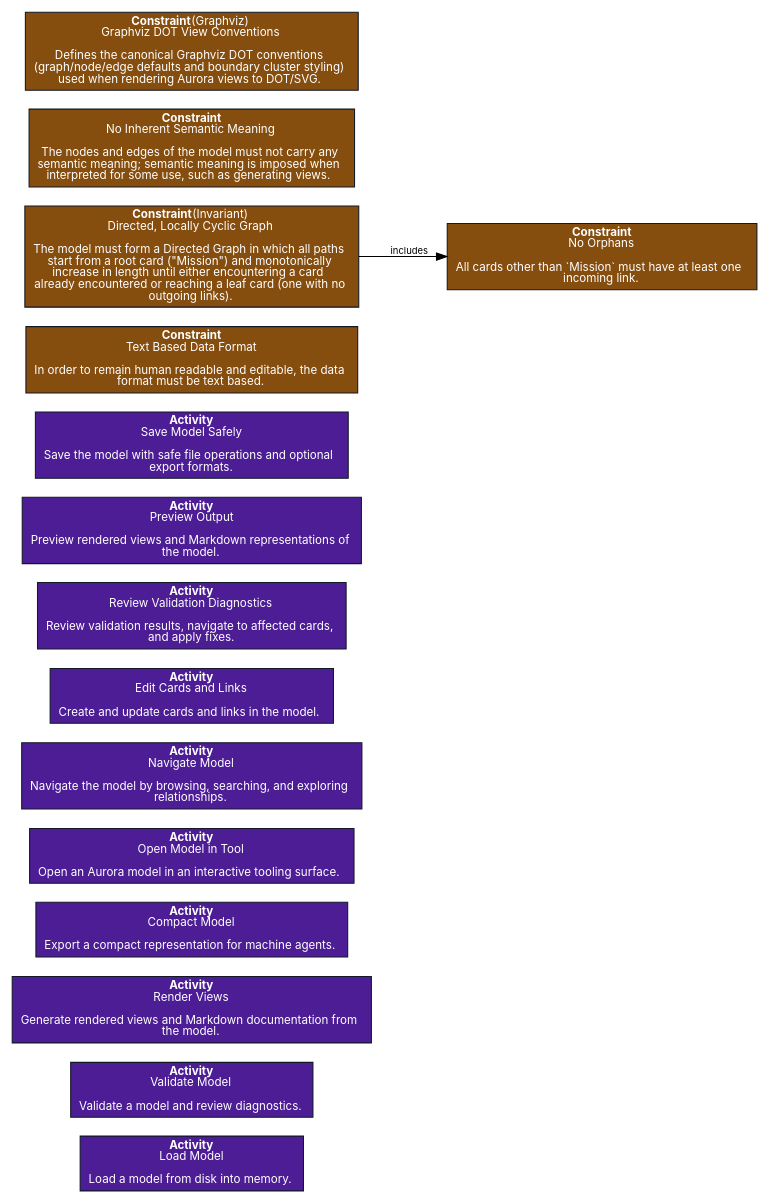
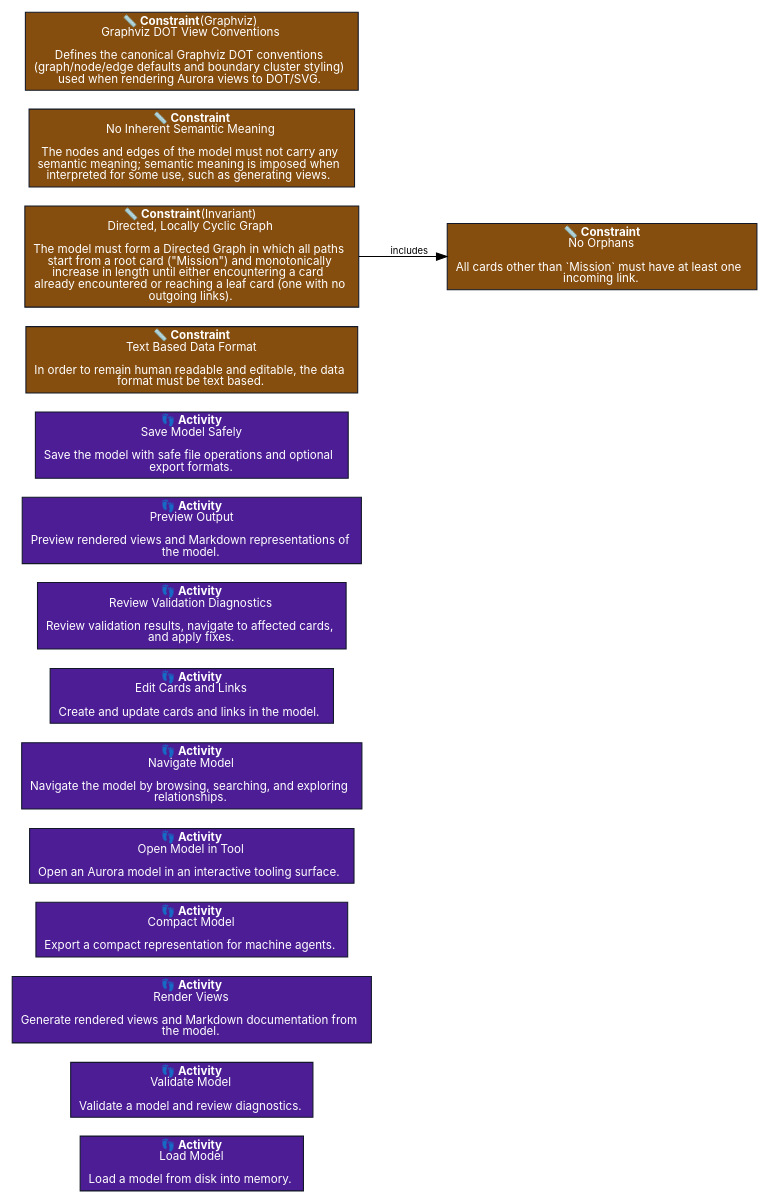
One commit to JEleniel/aurora changed the diagram in docs/design/MIS-001-Provide_Default_Tooling_for_AURORA/Views/source/Timing.view.dot. Above: the diagram before and after it, drawn with Graphviz. The commit also changed 113 other files, not shown here.

```diff
--- a/docs/design/MIS-001-Provide_Default_Tooling_for_AURORA/Views/source/Timing.view.dot
+++ b/docs/design/MIS-001-Provide_Default_Tooling_for_AURORA/Views/source/Timing.view.dot
@@ -1,21 +1,21 @@
 digraph "Timing View" {
 	graph [bgcolor="#FFFFFF", fontname="Inter", rankdir="LR", splines="spline"];
 	node [color="#111827", fillcolor="#E5E7EB", fontcolor="#111827", fontname="Inter", fontsize="11", shape="box", style="filled"];
 	edge [color="#000000", fontcolor="#000000", fontname="Inter", fontsize="9"];
-	"ATV-001" [fillcolor="#4c1d95", fontcolor="#FFFFFF", label=<<FONT><B>Activity</B><br />Load Model<br /><br />Load a model from disk into memory.</FONT>>, shape="box"];
-	"ATV-002" [fillcolor="#4c1d95", fontcolor="#FFFFFF", label=<<FONT><B>Activity</B><br />Validate Model<br /><br />Validate a model and review diagnostics.</FONT>>, shape="box"];
-	"ATV-003" [fillcolor="#4c1d95", fontcolor="#FFFFFF", label=<<FONT><B>Activity</B><br />Render Views<br /><br />Generate rendered views and Markdown documentation from<br />the model.</FONT>>, shape="box"];
-	"ATV-004" [fillcolor="#4c1d95", fontcolor="#FFFFFF", label=<<FONT><B>Activity</B><br />Compact Model<br /><br />Export a compact representation for machine agents.</FONT>>, shape="box"];
-	"ATV-005" [fillcolor="#4c1d95", fontcolor="#FFFFFF", label=<<FONT><B>Activity</B><br />Open Model in Tool<br /><br />Open an Aurora model in an interactive tooling surface.</FONT>>, shape="box"];
-	"ATV-006" [fillcolor="#4c1d95", fontcolor="#FFFFFF", label=<<FONT><B>Activity</B><br />Navigate Model<br /><br />Navigate the model by browsing, searching, and exploring<br />relationships.</FONT>>, shape="box"];
-	"ATV-007" [fillcolor="#4c1d95", fontcolor="#FFFFFF", label=<<FONT><B>Activity</B><br />Edit Cards and Links<br /><br />Create and update cards and links in the model.</FONT>>, shape="box"];
-	"ATV-008" [fillcolor="#4c1d95", fontcolor="#FFFFFF", label=<<FONT><B>Activity</B><br />Review Validation Diagnostics<br /><br />Review validation results, navigate to affected cards,<br />and apply fixes.</FONT>>, shape="box"];
-	"ATV-009" [fillcolor="#4c1d95", fontcolor="#FFFFFF", label=<<FONT><B>Activity</B><br />Preview Output<br /><br />Preview rendered views and Markdown representations of<br />the model.</FONT>>, shape="box"];
-	"ATV-010" [fillcolor="#4c1d95", fontcolor="#FFFFFF", label=<<FONT><B>Activity</B><br />Save Model Safely<br /><br />Save the model with safe file operations and optional<br />export formats.</FONT>>, shape="box"];
-	"CNS-001" [fillcolor="#854d0e", fontcolor="#FFFFFF", label=<<FONT><B>Constraint</B><br />Text Based Data Format<br /><br />In order to remain human readable and editable, the data<br />format must be text based.</FONT>>, shape="box"];
-	"CNS-002" [fillcolor="#854d0e", fontcolor="#FFFFFF", label=<<FONT><B>Constraint</B> (Invariant)<br />Directed, Locally Cyclic Graph<br /><br />The model must form a Directed Graph in which all paths<br />start from a root card (&quot;Mission&quot;) and monotonically<br />increase in length until either encountering a card<br />already encountered or reaching a leaf card (one with no<br />outgoing links).</FONT>>, shape="box"];
-	"CNS-003" [fillcolor="#854d0e", fontcolor="#FFFFFF", label=<<FONT><B>Constraint</B><br />No Inherent Semantic Meaning<br /><br />The nodes and edges of the model must not carry any<br />semantic meaning; semantic meaning is imposed when<br />interpreted for some use, such as generating views.</FONT>>, shape="box"];
-	"CNS-004" [fillcolor="#854d0e", fontcolor="#FFFFFF", label=<<FONT><B>Constraint</B><br />No Orphans<br /><br />All cards other than `Mission` must have at least one<br />incoming link.</FONT>>, shape="box"];
-	"CNS-005" [fillcolor="#854d0e", fontcolor="#FFFFFF", label=<<FONT><B>Constraint</B> (Graphviz)<br />Graphviz DOT View Conventions<br /><br />Defines the canonical Graphviz DOT conventions<br />(graph/node/edge defaults and boundary cluster styling)<br />used when rendering Aurora views to DOT/SVG.</FONT>>, shape="box"];
+	"ATV-001" [fillcolor="#4c1d95", fontcolor="#FFFFFF", label=<<FONT><B>👣 Activity</B><br />Load Model<br /><br />Load a model from disk into memory.</FONT>>, shape="box"];
+	"ATV-002" [fillcolor="#4c1d95", fontcolor="#FFFFFF", label=<<FONT><B>👣 Activity</B><br />Validate Model<br /><br />Validate a model and review diagnostics.</FONT>>, shape="box"];
+	"ATV-003" [fillcolor="#4c1d95", fontcolor="#FFFFFF", label=<<FONT><B>👣 Activity</B><br />Render Views<br /><br />Generate rendered views and Markdown documentation from<br />the model.</FONT>>, shape="box"];
+	"ATV-004" [fillcolor="#4c1d95", fontcolor="#FFFFFF", label=<<FONT><B>👣 Activity</B><br />Compact Model<br /><br />Export a compact representation for machine agents.</FONT>>, shape="box"];
+	"ATV-005" [fillcolor="#4c1d95", fontcolor="#FFFFFF", label=<<FONT><B>👣 Activity</B><br />Open Model in Tool<br /><br />Open an Aurora model in an interactive tooling surface.</FONT>>, shape="box"];
+	"ATV-006" [fillcolor="#4c1d95", fontcolor="#FFFFFF", label=<<FONT><B>👣 Activity</B><br />Navigate Model<br /><br />Navigate the model by browsing, searching, and exploring<br />relationships.</FONT>>, shape="box"];
+	"ATV-007" [fillcolor="#4c1d95", fontcolor="#FFFFFF", label=<<FONT><B>👣 Activity</B><br />Edit Cards and Links<br /><br />Create and update cards and links in the model.</FONT>>, shape="box"];
+	"ATV-008" [fillcolor="#4c1d95", fontcolor="#FFFFFF", label=<<FONT><B>👣 Activity</B><br />Review Validation Diagnostics<br /><br />Review validation results, navigate to affected cards,<br />and apply fixes.</FONT>>, shape="box"];
+	"ATV-009" [fillcolor="#4c1d95", fontcolor="#FFFFFF", label=<<FONT><B>👣 Activity</B><br />Preview Output<br /><br />Preview rendered views and Markdown representations of<br />the model.</FONT>>, shape="box"];
+	"ATV-010" [fillcolor="#4c1d95", fontcolor="#FFFFFF", label=<<FONT><B>👣 Activity</B><br />Save Model Safely<br /><br />Save the model with safe file operations and optional<br />export formats.</FONT>>, shape="box"];
+	"CNS-001" [fillcolor="#854d0e", fontcolor="#FFFFFF", label=<<FONT><B>📏 Constraint</B><br />Text Based Data Format<br /><br />In order to remain human readable and editable, the data<br />format must be text based.</FONT>>, shape="box"];
+	"CNS-002" [fillcolor="#854d0e", fontcolor="#FFFFFF", label=<<FONT><B>📏 Constraint</B> (Invariant)<br />Directed, Locally Cyclic Graph<br /><br />The model must form a Directed Graph in which all paths<br />start from a root card (&quot;Mission&quot;) and monotonically<br />increase in length until either encountering a card<br />already encountered or reaching a leaf card (one with no<br />outgoing links).</FONT>>, shape="box"];
+	"CNS-003" [fillcolor="#854d0e", fontcolor="#FFFFFF", label=<<FONT><B>📏 Constraint</B><br />No Inherent Semantic Meaning<br /><br />The nodes and edges of the model must not carry any<br />semantic meaning; semantic meaning is imposed when<br />interpreted for some use, such as generating views.</FONT>>, shape="box"];
+	"CNS-004" [fillcolor="#854d0e", fontcolor="#FFFFFF", label=<<FONT><B>📏 Constraint</B><br />No Orphans<br /><br />All cards other than `Mission` must have at least one<br />incoming link.</FONT>>, shape="box"];
+	"CNS-005" [fillcolor="#854d0e", fontcolor="#FFFFFF", label=<<FONT><B>📏 Constraint</B> (Graphviz)<br />Graphviz DOT View Conventions<br /><br />Defines the canonical Graphviz DOT conventions<br />(graph/node/edge defaults and boundary cluster styling)<br />used when rendering Aurora views to DOT/SVG.</FONT>>, shape="box"];
 	"CNS-002" -> "CNS-004" [label="includes"];
 }
```
